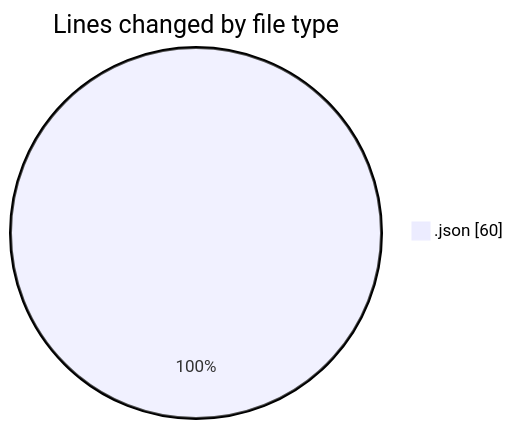
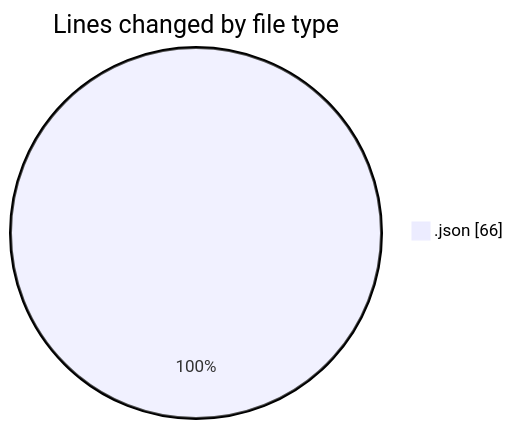
One commit to EIIisD/code-tracking changed the first of 2 diagrams in 2025-07-24/_claude/README.md. Above: the diagram before and after it, drawn with Mermaid. The commit also changed other lines of this file and 1 other file, not shown here.

````diff
--- a/2025-07-24/_claude/README.md
+++ b/2025-07-24/_claude/README.md
@@ -20,5 +20,5 @@
 ```mermaid
 pie showData
 title Lines changed by file type
-".json" : 60
+".json" : 66
 ```
````
